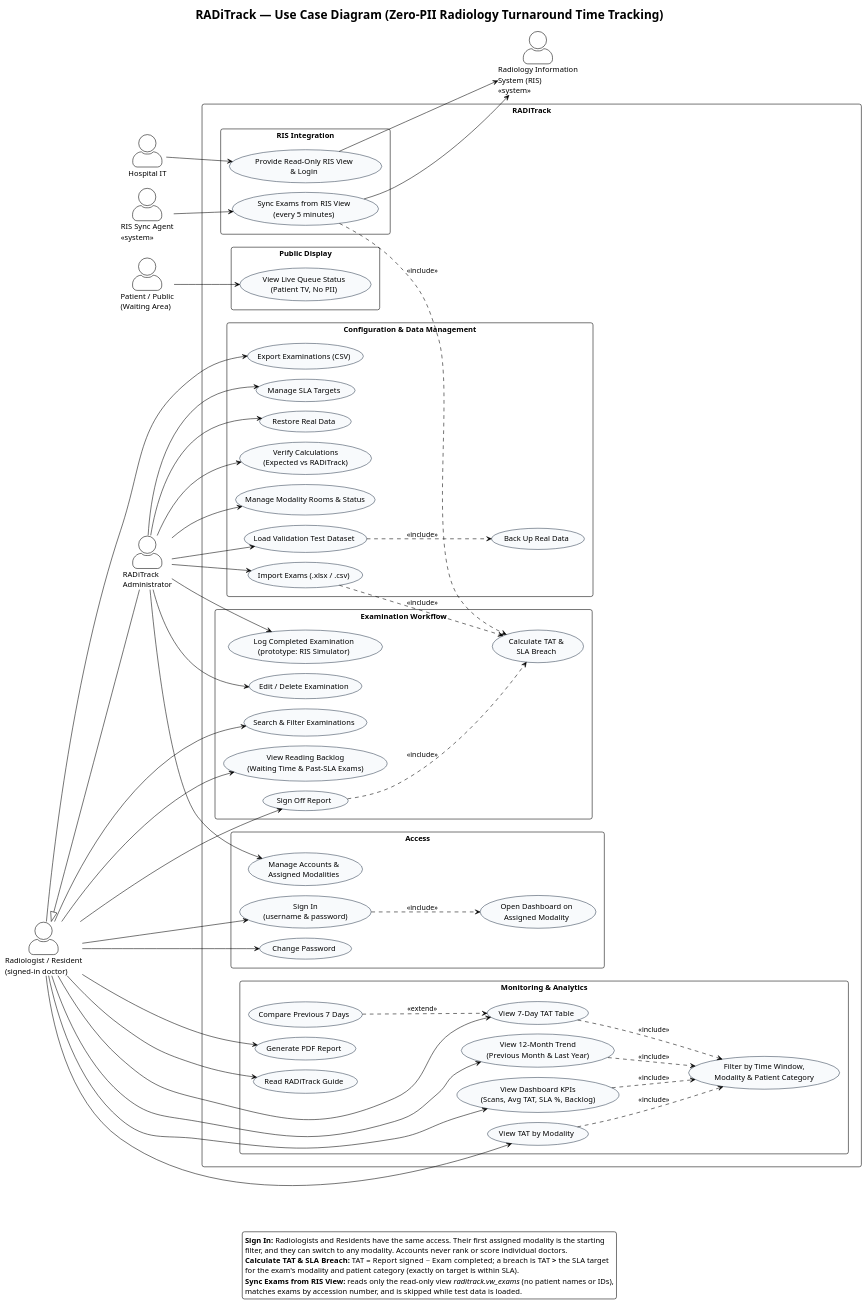
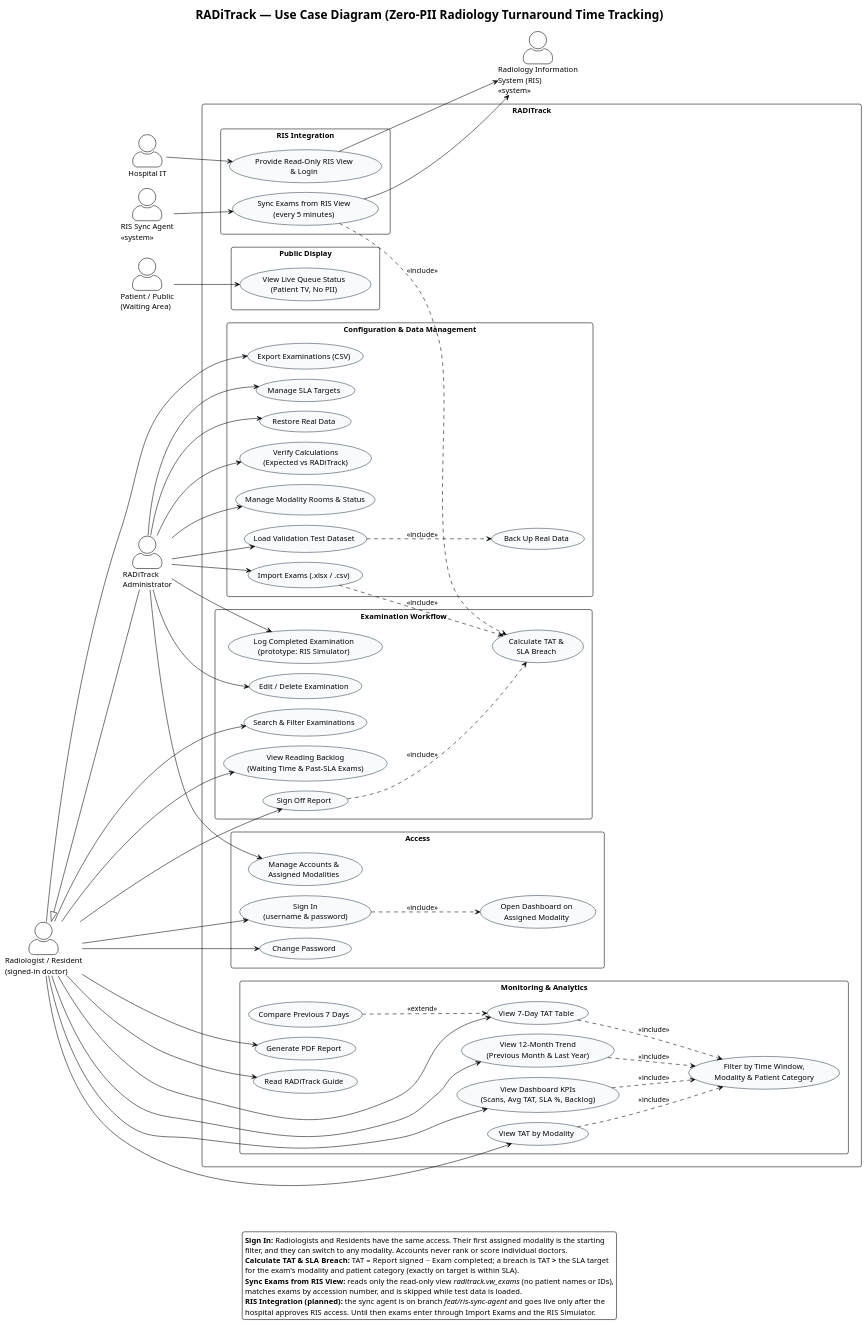
The diagram in DIAGRAMS/Use_Case.puml (mgoblimar/RADiTrack), drawn with PlantUML before and after one commit. The commit also changed 7 other files, not shown here.

First line of the commit message:
docs: bring the diagrams in line with the current system

```diff
--- a/DIAGRAMS/Use_Case.puml
+++ b/DIAGRAMS/Use_Case.puml
@@ -1,150 +1,152 @@
 @startuml raditrack_use_case
 !theme plain
 left to right direction
 skinparam shadowing false
 skinparam roundcorner 8
 skinparam defaultFontName Arial
 skinparam packageStyle rectangle
 skinparam actorStyle awesome
 skinparam nodesep 18
 skinparam ranksep 70
 skinparam usecase {
     BackgroundColor #F8FAFC
     BorderColor #334155
 }
 
 title RADiTrack — Use Case Diagram (Zero-PII Radiology Turnaround Time Tracking)
 
 ' ==============================================================================
 ' PRIMARY ACTORS (left) — declared in the same order as their packages
 ' ==============================================================================
 
 actor "Radiologist / Resident\n(signed-in doctor)" as Doctor
 actor "RADiTrack\nAdministrator" as Admin
 actor "Hospital IT" as HospitalIT
 actor "RIS Sync Agent\n<<system>>" as SyncAgent
 actor "Patient / Public\n(Waiting Area)" as Public
 
 ' ==============================================================================
 ' SYSTEM BOUNDARY
 ' ==============================================================================
 
 rectangle "RADiTrack" {
 
     package "Access" {
         usecase "Sign In\n(username & password)" as UC_SignIn
         usecase "Open Dashboard on\nAssigned Modality" as UC_Default
         usecase "Change Password" as UC_Password
         usecase "Manage Accounts &\nAssigned Modalities" as UC_Accounts
     }
 
     package "Examination Workflow" {
         usecase "Log Completed Examination\n(prototype: RIS Simulator)" as UC_Log
         usecase "Edit / Delete Examination" as UC_Edit
         usecase "Search & Filter Examinations" as UC_Search
         usecase "View Reading Backlog\n(Waiting Time & Past-SLA Exams)" as UC_Backlog
         usecase "Sign Off Report" as UC_Sign
         usecase "Calculate TAT &\nSLA Breach" as UC_Tat
     }
 
     package "Monitoring & Analytics" {
         usecase "View Dashboard KPIs\n(Scans, Avg TAT, SLA %, Backlog)" as UC_Kpi
         usecase "View TAT by Modality" as UC_ByModality
         usecase "View 7-Day TAT Table" as UC_SevenDay
         usecase "Compare Previous 7 Days" as UC_ComparePrev
         usecase "View 12-Month Trend\n(Previous Month & Last Year)" as UC_Trend
         usecase "Filter by Time Window,\nModality & Patient Category" as UC_Filter
         usecase "Generate PDF Report" as UC_Report
         usecase "Read RADiTrack Guide" as UC_Guide
     }
 
     package "Configuration & Data Management" {
         usecase "Manage SLA Targets" as UC_Sla
         usecase "Manage Modality Rooms & Status" as UC_Rooms
         usecase "Import Exams (.xlsx / .csv)" as UC_Import
         usecase "Export Examinations (CSV)" as UC_Export
         usecase "Load Validation Test Dataset" as UC_LoadTest
         usecase "Back Up Real Data" as UC_Backup
         usecase "Verify Calculations\n(Expected vs RADiTrack)" as UC_Verify
         usecase "Restore Real Data" as UC_Restore
     }
 
     package "RIS Integration" {
         usecase "Provide Read-Only RIS View\n& Login" as UC_View
         usecase "Sync Exams from RIS View\n(every 5 minutes)" as UC_Sync
     }
 
     package "Public Display" {
         usecase "View Live Queue Status\n(Patient TV, No PII)" as UC_Tv
     }
 }
 
 ' ==============================================================================
 ' SECONDARY ACTOR (right)
 ' ==============================================================================
 
 actor "Radiology Information\nSystem (RIS)\n<<system>>" as RIS
 
 ' ==============================================================================
 ' ACTOR ↔ USE CASE
 ' ==============================================================================
 
 Doctor --> UC_SignIn
 Doctor --> UC_Password
 Doctor --> UC_Backlog
 Doctor --> UC_Sign
 Doctor --> UC_Search
 Doctor --> UC_Kpi
 Doctor --> UC_ByModality
 Doctor --> UC_SevenDay
 Doctor --> UC_Trend
 Doctor --> UC_Report
 Doctor --> UC_Guide
 Doctor --> UC_Export
 
 Admin --> UC_Accounts
 Admin --> UC_Log
 Admin --> UC_Edit
 Admin --> UC_Sla
 Admin --> UC_Rooms
 Admin --> UC_Import
 Admin --> UC_LoadTest
 Admin --> UC_Verify
 Admin --> UC_Restore
 
 HospitalIT --> UC_View
 SyncAgent --> UC_Sync
 Public --> UC_Tv
 
 UC_View --> RIS
 UC_Sync --> RIS
 
 ' An administrator can also do everything a doctor can do
 Doctor <|-- Admin
 
 ' ==============================================================================
 ' INCLUDE / EXTEND RELATIONSHIPS
 ' ==============================================================================
 
 UC_SignIn ..> UC_Default : <<include>>
 UC_Sign ..> UC_Tat : <<include>>
 UC_Sync ..> UC_Tat : <<include>>
 UC_Import ..> UC_Tat : <<include>>
 UC_LoadTest ..> UC_Backup : <<include>>
 
 UC_Kpi ..> UC_Filter : <<include>>
 UC_ByModality ..> UC_Filter : <<include>>
 UC_SevenDay ..> UC_Filter : <<include>>
 UC_Trend ..> UC_Filter : <<include>>
 UC_ComparePrev ..> UC_SevenDay : <<extend>>
 
 legend bottom
   **Sign In:** Radiologists and Residents have the same access. Their first assigned modality is the starting
   filter, and they can switch to any modality. Accounts never rank or score individual doctors.
   **Calculate TAT & SLA Breach:** TAT = Report signed − Exam completed; a breach is TAT **>** the SLA target
   for the exam's modality and patient category (exactly on target is within SLA).
   **Sync Exams from RIS View:** reads only the read-only view //raditrack.vw_exams// (no patient names or IDs),
   matches exams by accession number, and is skipped while test data is loaded.
+  **RIS Integration (planned):** the sync agent is on branch //feat/ris-sync-agent// and goes live only after the
+  hospital approves RIS access. Until then exams enter through Import Exams and the RIS Simulator.
 endlegend
 
 @enduml
```
